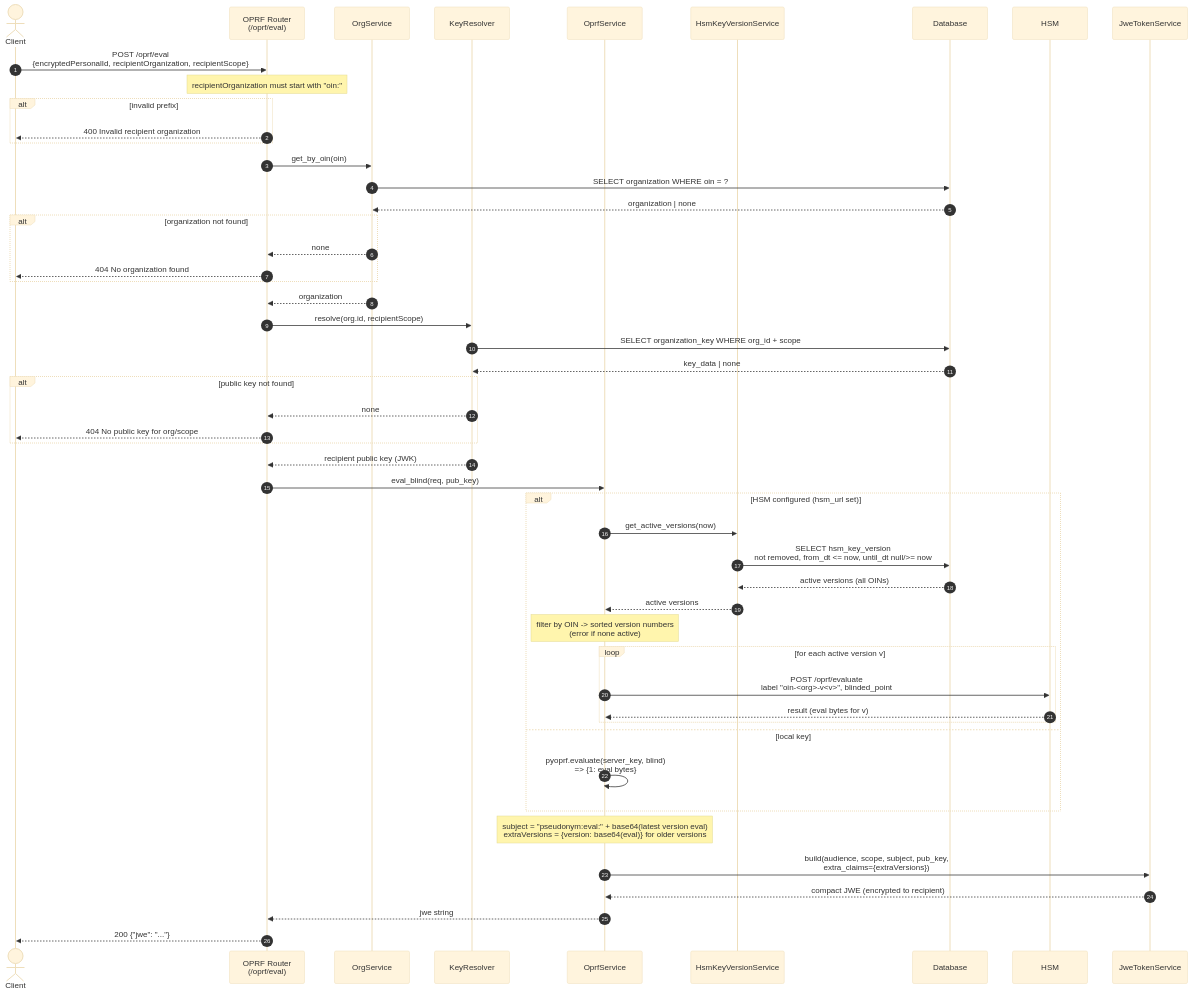
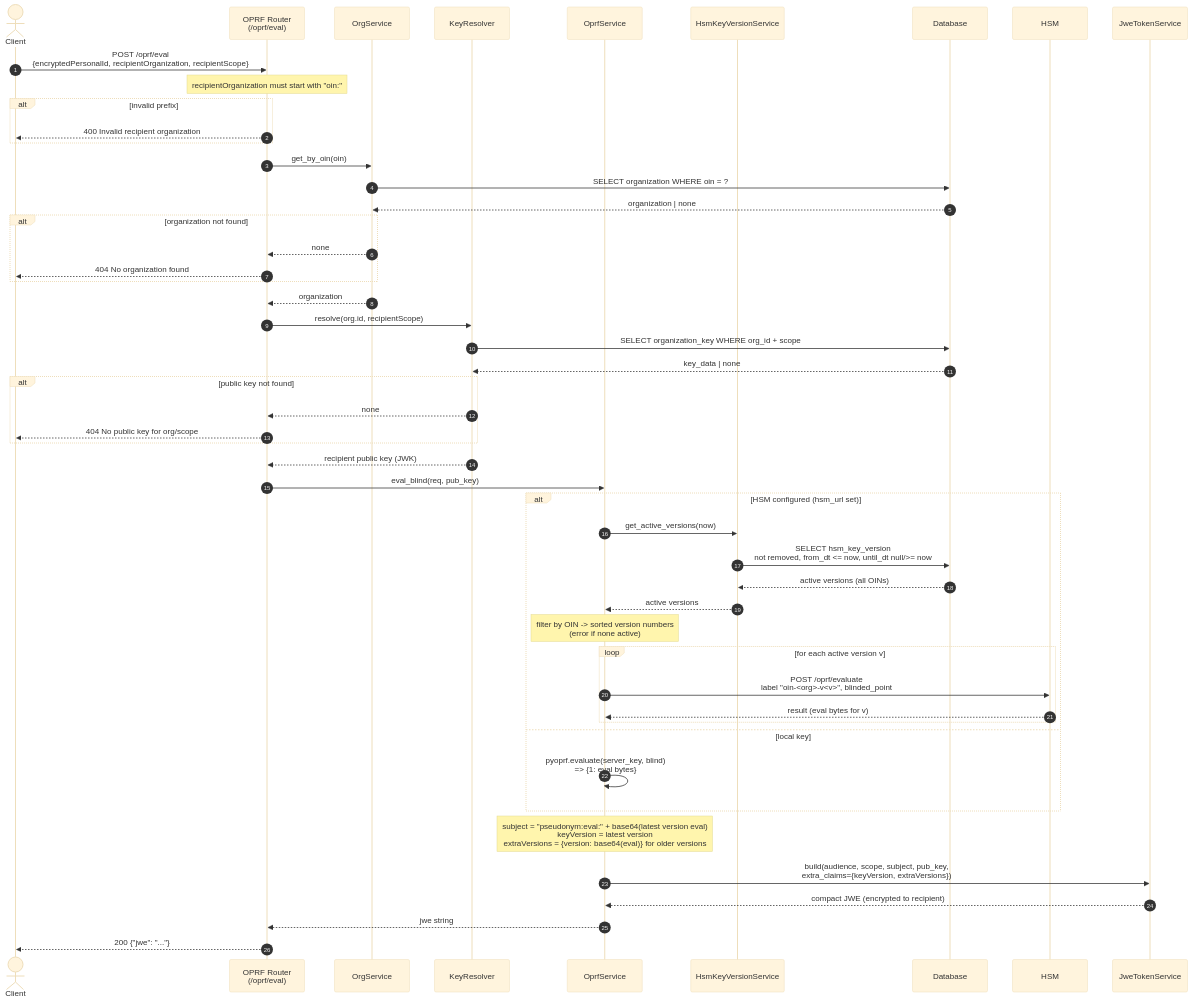
Before and after one commit to minvws/gfmodules-pseudoniemendienst: the diagram in docs/oprf-eval-flow.md, drawn with Mermaid (base theme). The commit also changed other lines of this file and 6 other files, not shown here.

````diff
--- a/docs/oprf-eval-flow.md
+++ b/docs/oprf-eval-flow.md
@@ -14,61 +14,61 @@
 ```mermaid
 sequenceDiagram
     autonumber
     actor Client
     participant Router as OPRF Router<br/>(/oprf/eval)
     participant Org as OrgService
     participant Keys as KeyResolver
     participant OPRF as OprfService
     participant Ver as HsmKeyVersionService
     participant DB as Database
     participant HSM as HSM
     participant JWE as JweTokenService
 
     Client->>Router: POST /oprf/eval<br/>{encryptedPersonalId, recipientOrganization, recipientScope}
 
     Note over Router: recipientOrganization must start with "oin:"
     alt invalid prefix
         Router-->>Client: 400 Invalid recipient organization
     end
 
     Router->>Org: get_by_oin(oin)
     Org->>DB: SELECT organization WHERE oin = ?
     DB-->>Org: organization | none
     alt organization not found
         Org-->>Router: none
         Router-->>Client: 404 No organization found
     end
     Org-->>Router: organization
 
     Router->>Keys: resolve(org.id, recipientScope)
     Keys->>DB: SELECT organization_key WHERE org_id + scope
     DB-->>Keys: key_data | none
     alt public key not found
         Keys-->>Router: none
         Router-->>Client: 404 No public key for org/scope
     end
     Keys-->>Router: recipient public key (JWK)
 
     Router->>OPRF: eval_blind(req, pub_key)
 
     alt HSM configured (hsm_url set)
         OPRF->>Ver: get_active_versions(now)
         Ver->>DB: SELECT hsm_key_version<br/>not removed, from_dt <= now, until_dt null/>= now
         DB-->>Ver: active versions (all OINs)
         Ver-->>OPRF: active versions
         Note over OPRF: filter by OIN -> sorted version numbers<br/>(error if none active)
         loop for each active version v
             OPRF->>HSM: POST /oprf/evaluate<br/>label "oin-<org>-v<v>", blinded_point
             HSM-->>OPRF: result (eval bytes for v)
         end
     else local key
         OPRF->>OPRF: pyoprf.evaluate(server_key, blind)<br/>=> {1: eval bytes}
     end
 
-    Note over OPRF: subject = "pseudonym:eval:" + base64(latest version eval)<br/>extraVersions = {version: base64(eval)} for older versions
-    OPRF->>JWE: build(audience, scope, subject, pub_key,<br/>extra_claims={extraVersions})
+    Note over OPRF: subject = "pseudonym:eval:" + base64(latest version eval)<br/>keyVersion = latest version<br/>extraVersions = {version: base64(eval)} for older versions
+    OPRF->>JWE: build(audience, scope, subject, pub_key,<br/>extra_claims={keyVersion, extraVersions})
     JWE-->>OPRF: compact JWE (encrypted to recipient)
     OPRF-->>Router: jwe string
 
     Router-->>Client: 200 {"jwe": "..."}
 ```
````
